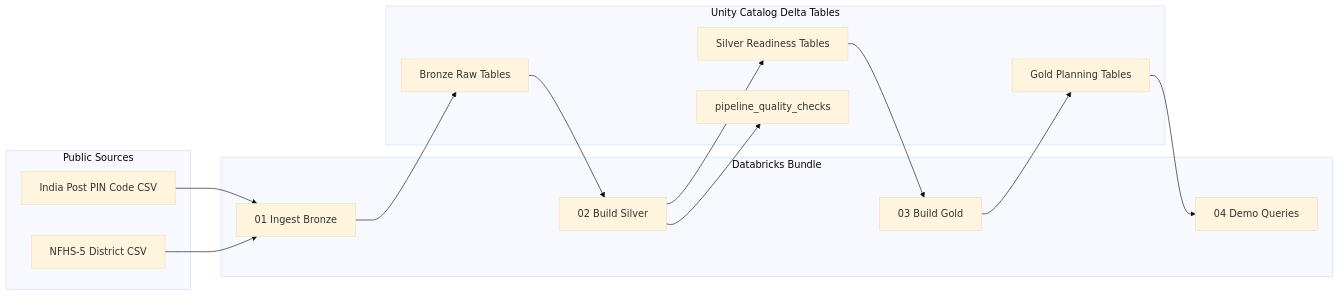
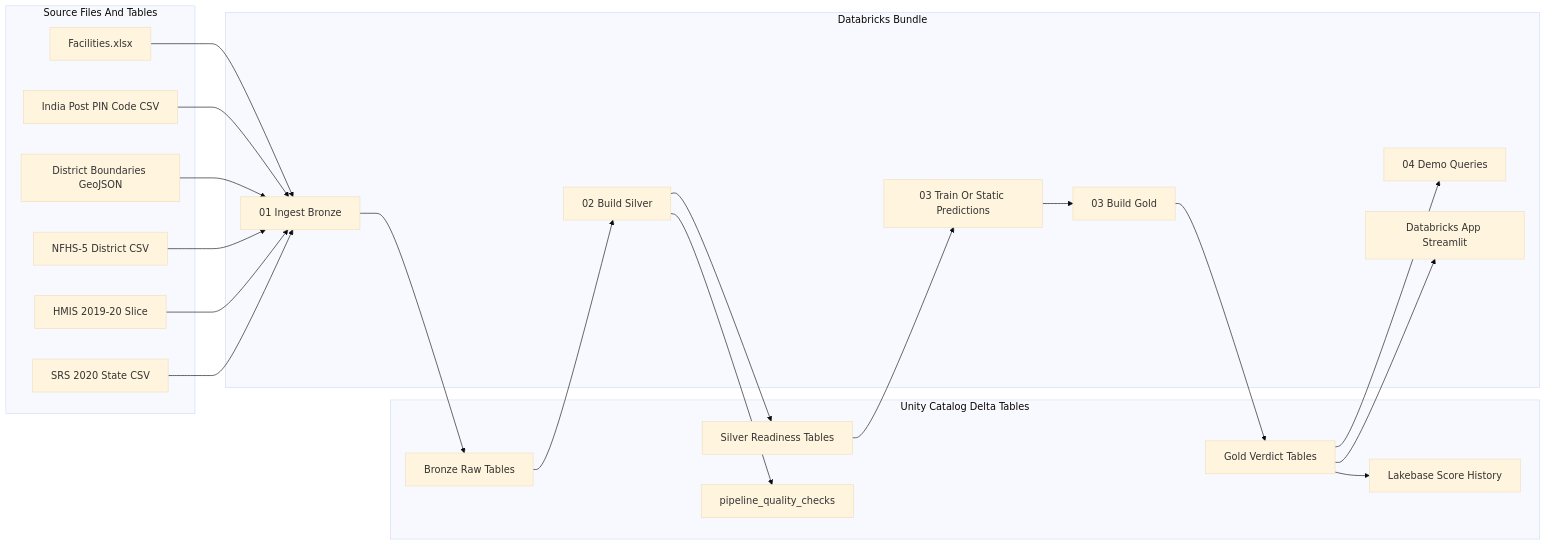
The first of 4 diagrams in docs/diagrams.md (d-padmanabhan/dais-2026-data-readiness-desk), drawn with Mermaid (base theme) before and after one commit. The commit also changed other lines of this file and 33 other files, not shown here.

````diff
--- a/docs/diagrams.md
+++ b/docs/diagrams.md
@@ -15,31 +16,45 @@
 ```mermaid
 flowchart LR
-  subgraph source [Public Sources]
+  subgraph source [Source Files And Tables]
+    FacilitiesFile["Facilities.xlsx"]
     PincodeCsv["India Post PIN Code CSV"]
+    BoundaryGeojson["District Boundaries GeoJSON"]
     NfhsCsv["NFHS-5 District CSV"]
+    HmisCsv["HMIS 2019-20 Slice"]
+    SrsCsv["SRS 2020 State CSV"]
   end
 
   subgraph bundle [Databricks Bundle]
     BronzeNotebook["01 Ingest Bronze"]
     SilverNotebook["02 Build Silver"]
+    ModelNotebook["03 Train Or Static Predictions"]
     GoldNotebook["03 Build Gold"]
     DemoNotebook["04 Demo Queries"]
+    App["Databricks App Streamlit"]
   end
 
   subgraph tables [Unity Catalog Delta Tables]
     BronzeTables["Bronze Raw Tables"]
     SilverTables["Silver Readiness Tables"]
-    GoldTables["Gold Planning Tables"]
+    GoldTables["Gold Verdict Tables"]
+    Lakebase["Lakebase Score History"]
     QualityChecks["pipeline_quality_checks"]
   end
 
+  FacilitiesFile --> BronzeNotebook
   PincodeCsv --> BronzeNotebook
+  BoundaryGeojson --> BronzeNotebook
   NfhsCsv --> BronzeNotebook
+  HmisCsv --> BronzeNotebook
+  SrsCsv --> BronzeNotebook
   BronzeNotebook --> BronzeTables
   BronzeTables --> SilverNotebook
   SilverNotebook --> SilverTables
   SilverNotebook --> QualityChecks
-  SilverTables --> GoldNotebook
+  SilverTables --> ModelNotebook
+  ModelNotebook --> GoldNotebook
   GoldNotebook --> GoldTables
+  GoldTables --> Lakebase
   GoldTables --> DemoNotebook
+  GoldTables --> App
 ```
````
